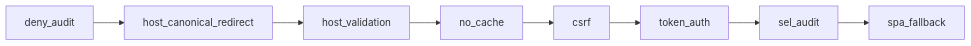
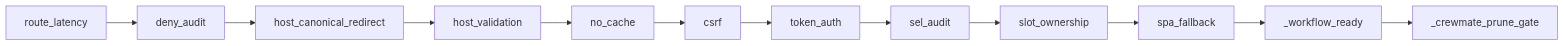
One commit to muhmuhkuh/KiroCrew changed the second of 2 diagrams in docs/system-specs/modules/dashboard-token-auth.md. Above: the diagram before and after it, drawn with Mermaid. The commit also changed other lines of this file and 3604 other files, not shown here.

````diff
--- a/docs/system-specs/modules/dashboard-token-auth.md
+++ b/docs/system-specs/modules/dashboard-token-auth.md
@@ -101,4 +103,4 @@
 ```mermaid
 graph LR
-    Z[deny_audit] --> A[host_canonical_redirect] --> B[host_validation] --> C[no_cache] --> D[csrf] --> E[token_auth] --> F[sel_audit] --> G[spa_fallback]
+    L[route_latency] --> Z[deny_audit] --> A[host_canonical_redirect] --> B[host_validation] --> C[no_cache] --> D[csrf] --> E[token_auth] --> F[sel_audit] --> S[slot_ownership] --> G[spa_fallback] --> W[_workflow_ready] --> P[_crewmate_prune_gate]
 ```
````
